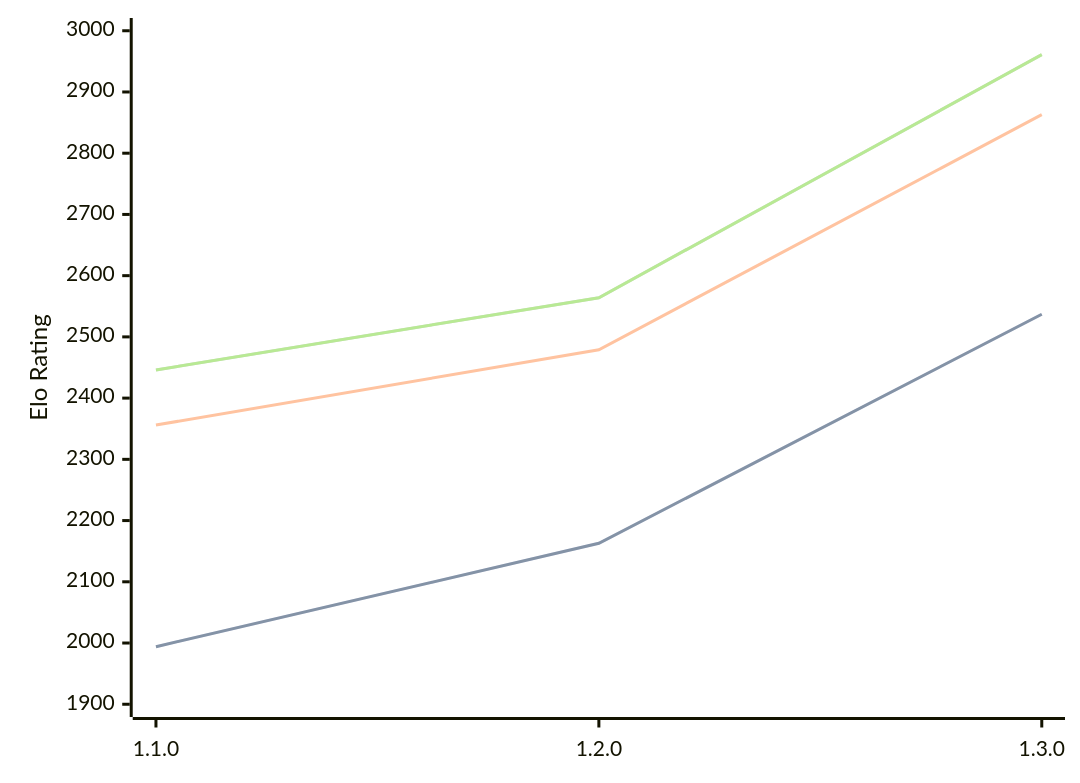
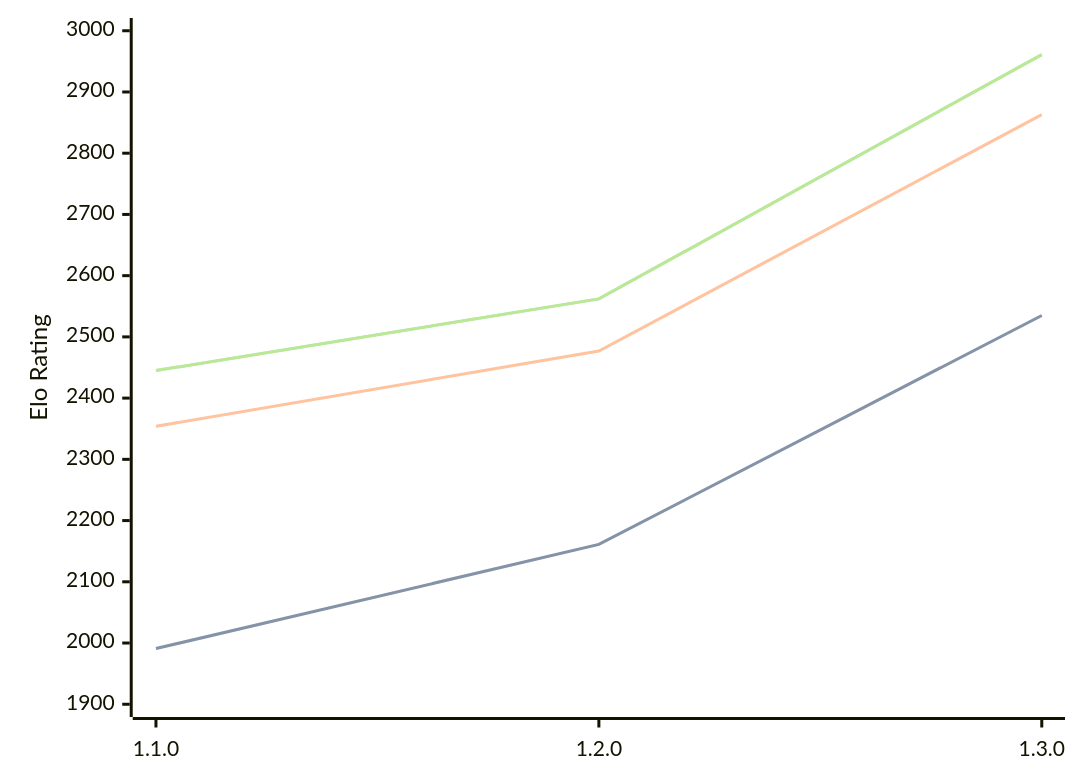
The diagram in engines/Gyatso.md (computer-chess-index/cci), drawn with Mermaid before and after one commit. The commit also changed other lines of this file, not shown here.

Commit message:
Update CCI Ratings (ELO VLTC) - 2026-04-27

````diff
--- a/engines/Gyatso.md
+++ b/engines/Gyatso.md
@@ -34,11 +34,11 @@
 ```mermaid
 %%{init: {"theme":"base","themeVariables":{"seriesColors:['#a3a3a3','#222221','#faa371']}}}%%
 xychart-beta
   x-axis ["1.1.0", "1.2.0", "1.3.0"]
   y-axis "Elo Rating" 1900 --> 3000
-  line "STC (8.0+0.08s)" [1994, 2163, 2537]
-  line "STC (8.0+0.08s)" [1994, 2163, 2537]
-  line "LTC (60.0+0.60s)" [2356, 2479, 2863]
-  line "VLTC (2m24s+1.12s)" [2446, 2564, 2961]
-  line "VLTC (2m24s+1.12s)" [2446, 2564, 2961]
+  line "STC (8.0+0.08s)" [1991, 2161, 2535]
+  line "STC (8.0+0.08s)" [1991, 2161, 2535]
+  line "LTC (60.0+0.60s)" [2354, 2477, 2863]
+  line "VLTC (2m24s+1.12s)" [2445, 2562, 2961]
+  line "VLTC (2m24s+1.12s)" [2445, 2562, 2961]
 ```
````
